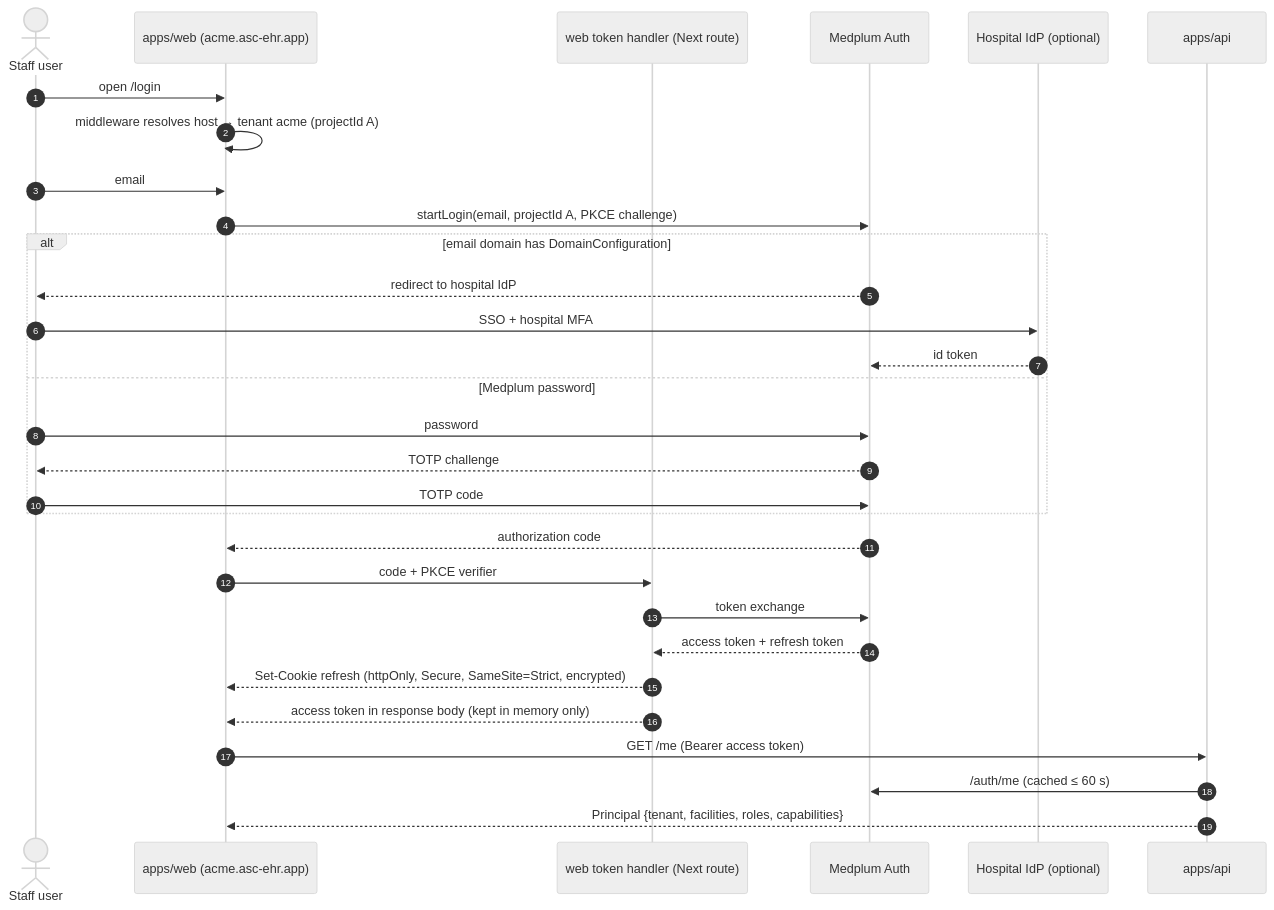
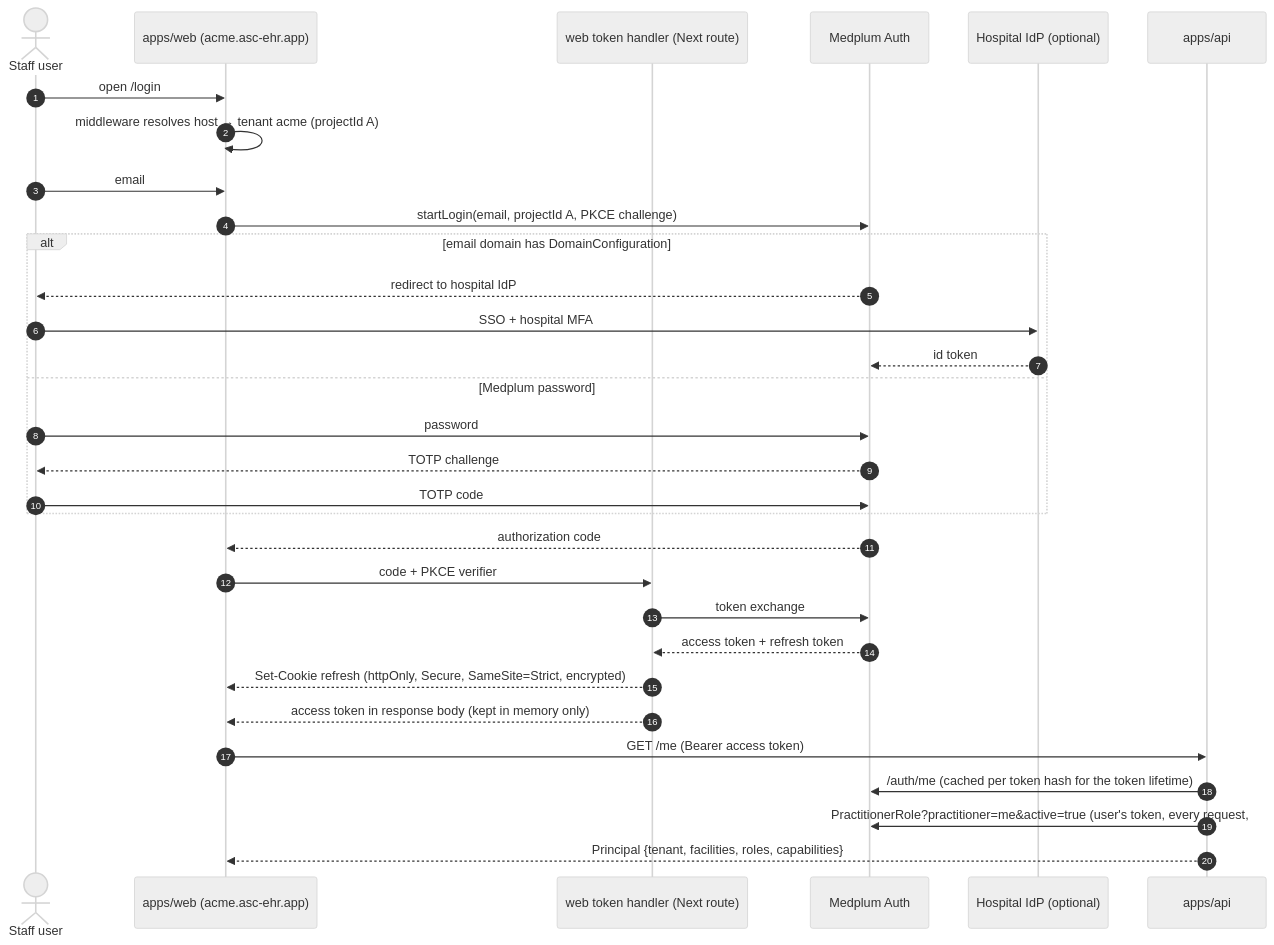
One commit to imRahul05/ASC-EHR changed the fourth of 13 diagrams in docs/product/08-identity-access-and-tenancy.md. Above: the diagram before and after it, drawn with Mermaid (neutral theme). The commit also changed other lines of this file, not shown here.

````diff
--- a/docs/product/08-identity-access-and-tenancy.md
+++ b/docs/product/08-identity-access-and-tenancy.md
@@ -349,33 +349,34 @@
 ```mermaid
 sequenceDiagram
     autonumber
     actor U as Staff user
     participant W as apps/web (acme.asc-ehr.app)
     participant TH as web token handler (Next route)
     participant M as Medplum Auth
     participant I as Hospital IdP (optional)
     participant A as apps/api
 
     U->>W: open /login
     W->>W: middleware resolves host → tenant acme (projectId A)
     U->>W: email
     W->>M: startLogin(email, projectId A, PKCE challenge)
     alt email domain has DomainConfiguration
         M-->>U: redirect to hospital IdP
         U->>I: SSO + hospital MFA
         I-->>M: id token
     else Medplum password
         U->>M: password
         M-->>U: TOTP challenge
         U->>M: TOTP code
     end
     M-->>W: authorization code
     W->>TH: code + PKCE verifier
     TH->>M: token exchange
     M-->>TH: access token + refresh token
     TH-->>W: Set-Cookie refresh (httpOnly, Secure, SameSite=Strict, encrypted)
     TH-->>W: access token in response body (kept in memory only)
     W->>A: GET /me (Bearer access token)
-    A->>M: /auth/me (cached ≤ 60 s)
+    A->>M: /auth/me (cached per token hash for the token lifetime)
+    A->>M: PractitionerRole?practitioner=me&active=true (user's token, every request, #57)
     A-->>W: Principal {tenant, facilities, roles, capabilities}
 ```
````
